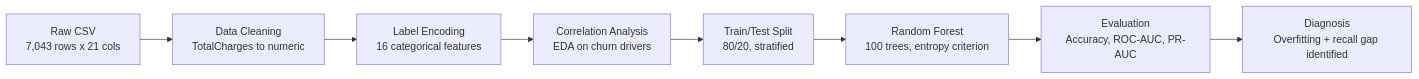
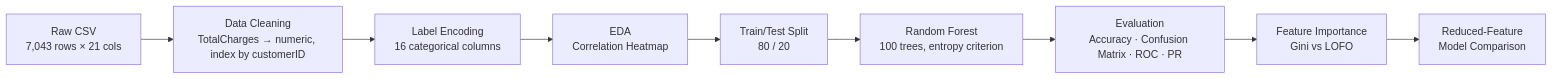
One commit to vishnusai2005/Customer-Churn-Prediction-with-Random-Forest changed the diagram in README.md. Above: the diagram before and after it, drawn with Mermaid. The commit also changed other lines of this file, not shown here.

````diff
--- a/README.md
+++ b/README.md
@@ -47,10 +34,11 @@
 ```mermaid
 flowchart LR
-    A[Raw CSV<br/>7,043 rows x 21 cols] --> B[Data Cleaning<br/>TotalCharges to numeric]
-    B --> C[Label Encoding<br/>16 categorical features]
-    C --> D[Correlation Analysis<br/>EDA on churn drivers]
-    D --> E[Train/Test Split<br/>80/20, stratified]
+    A[Raw CSV<br/>7,043 rows × 21 cols] --> B[Data Cleaning<br/>TotalCharges → numeric, index by customerID]
+    B --> C[Label Encoding<br/>16 categorical columns]
+    C --> D[EDA<br/>Correlation Heatmap]
+    D --> E[Train/Test Split<br/>80 / 20]
     E --> F[Random Forest<br/>100 trees, entropy criterion]
-    F --> G[Evaluation<br/>Accuracy, ROC-AUC, PR-AUC]
-    G --> H[Diagnosis<br/>Overfitting + recall gap identified]
+    F --> G[Evaluation<br/>Accuracy · Confusion Matrix · ROC · PR]
+    G --> H[Feature Importance<br/>Gini vs LOFO]
+    H --> I[Reduced-Feature<br/>Model Comparison]
 ```
````
